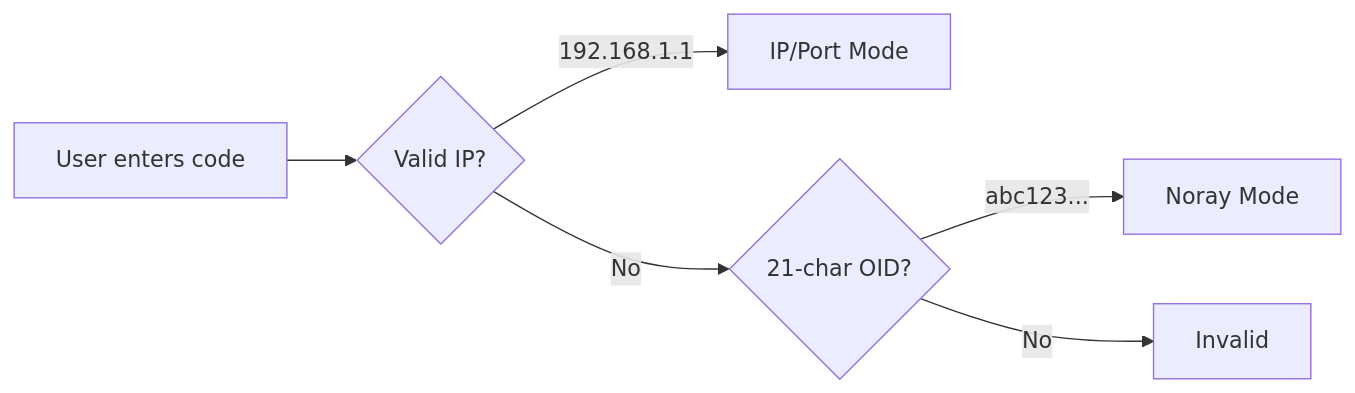
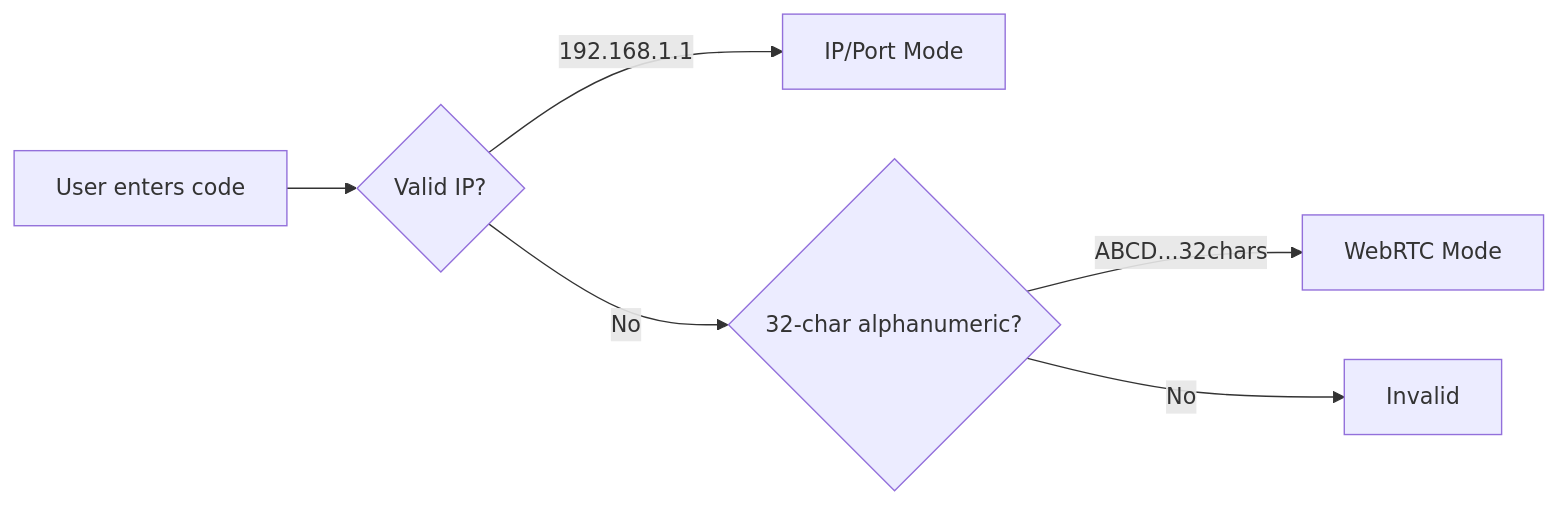
Diagram 13 of 13 in v2/planning_docs/LobbyGameFlowMP.md (ssebs/DankNooner), drawn with Mermaid before and after one commit. The commit also changed other lines of this file and 2 other files, not shown here.

````diff
--- a/v2/planning_docs/LobbyGameFlowMP.md
+++ b/v2/planning_docs/LobbyGameFlowMP.md
@@ -407,8 +444,8 @@
 ```mermaid
 flowchart LR
     Input[User enters code] --> Check{Valid IP?}
     Check -->|"192.168.1.1"| IP[IP/Port Mode]
-    Check -->|No| Check2{21-char OID?}
-    Check2 -->|"abc123..."| Noray[Noray Mode]
+    Check -->|No| Check2{32-char alphanumeric?}
+    Check2 -->|"ABCD...32chars"| WebRTC[WebRTC Mode]
     Check2 -->|No| Invalid[Invalid]
 ```
````
